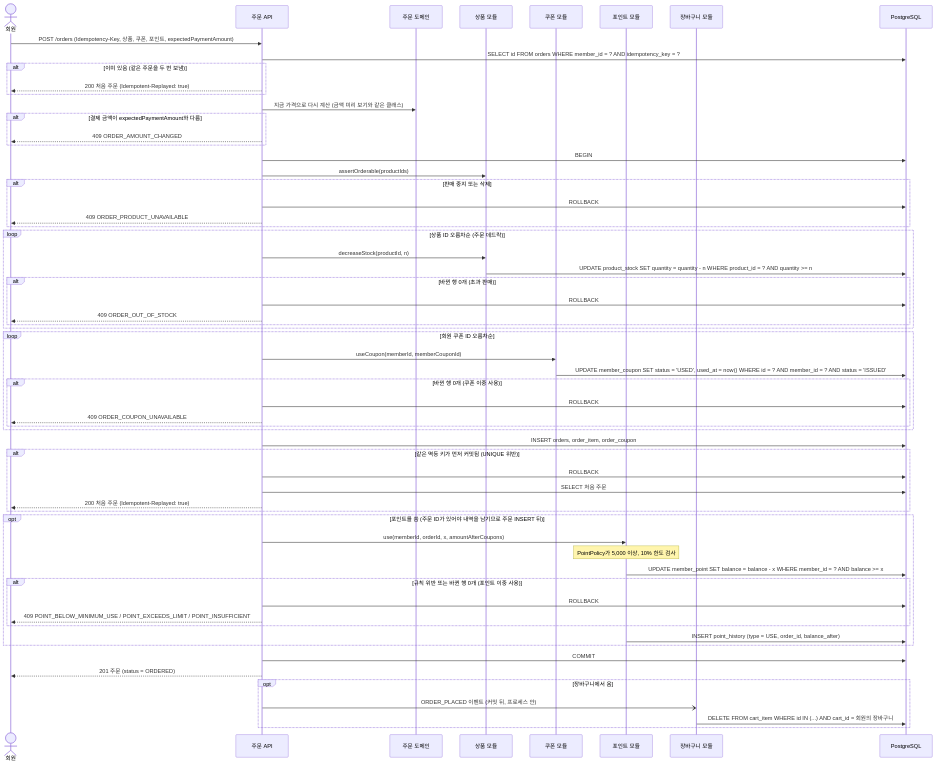
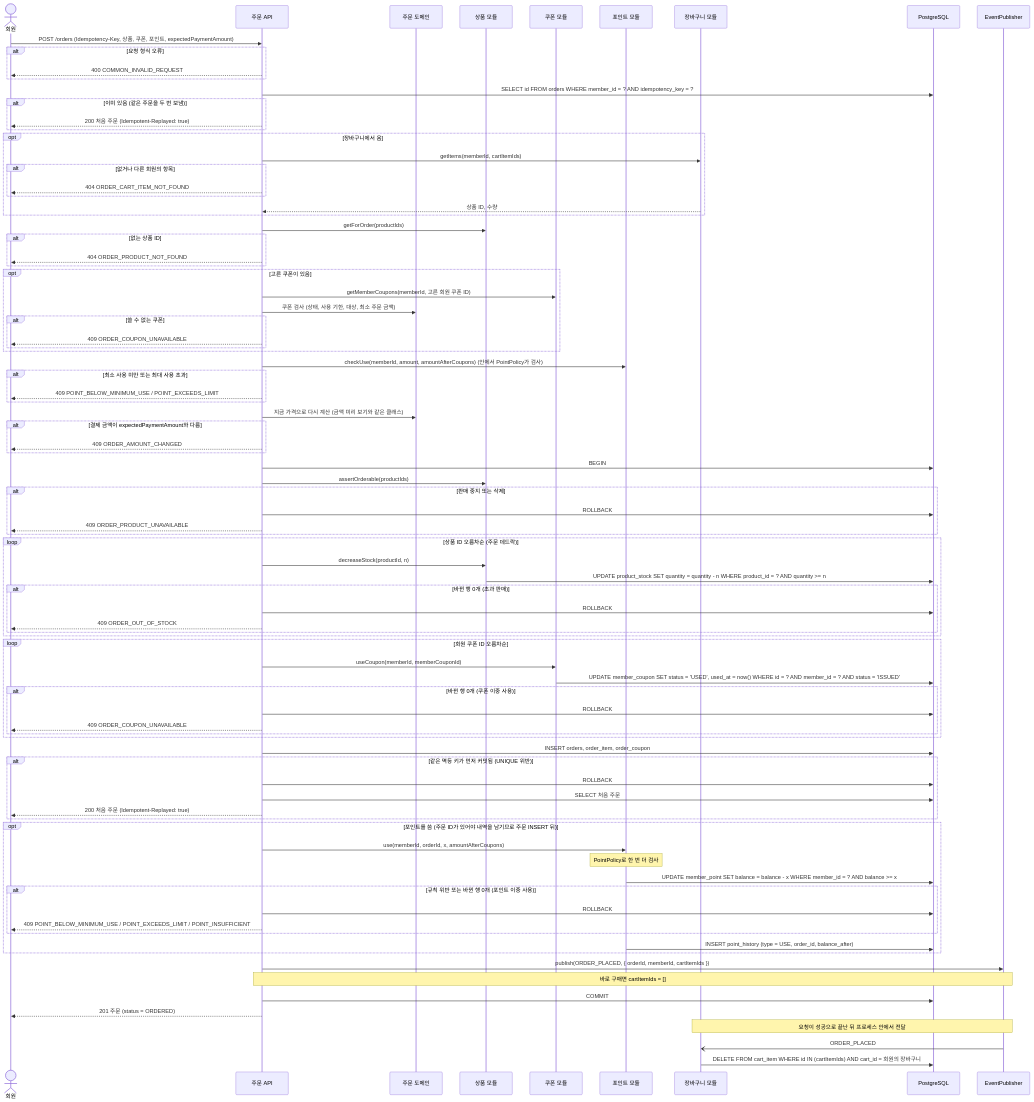
One commit to KAPUIST/flash-gate changed the third of 9 diagrams in docs/features/order/flows.md. Above: the diagram before and after it, drawn with Mermaid. The commit also changed other lines of this file and 13 other files, not shown here.

Commit message:
Fix review gaps in coupon, order, cart, and point docs

````diff
--- a/docs/features/order/flows.md
+++ b/docs/features/order/flows.md
@@ -82,11 +91,37 @@
     participant PT as 포인트 모듈
     participant C as 장바구니 모듈
     participant DB as PostgreSQL
+    participant E as EventPublisher
 
     U->>O: POST /orders (Idempotency-Key, 상품, 쿠폰, 포인트, expectedPaymentAmount)
+    alt 요청 형식 오류
+        O-->>U: 400 COMMON_INVALID_REQUEST
+    end
     O->>DB: SELECT id FROM orders WHERE member_id = ? AND idempotency_key = ?
     alt 이미 있음 (같은 주문을 두 번 보냄)
         O-->>U: 200 처음 주문 (Idempotent-Replayed: true)
+    end
+    opt 장바구니에서 옴
+        O->>C: getItems(memberId, cartItemIds)
+        alt 없거나 다른 회원의 항목
+            O-->>U: 404 ORDER_CART_ITEM_NOT_FOUND
+        end
+        C-->>O: 상품 ID, 수량
+    end
+    O->>P: getForOrder(productIds)
+    alt 없는 상품 ID
+        O-->>U: 404 ORDER_PRODUCT_NOT_FOUND
+    end
+    opt 고른 쿠폰이 있음
+        O->>CP: getMemberCoupons(memberId, 고른 회원 쿠폰 ID)
+        O->>D: 쿠폰 검사 (상태, 사용 기한, 대상, 최소 주문 금액)
+        alt 쓸 수 없는 쿠폰
+            O-->>U: 409 ORDER_COUPON_UNAVAILABLE
+        end
+    end
+    O->>PT: checkUse(memberId, amount, amountAfterCoupons) (안에서 PointPolicy가 검사)
+    alt 최소 사용 미만 또는 최대 사용 초과
+        O-->>U: 409 POINT_BELOW_MINIMUM_USE / POINT_EXCEEDS_LIMIT
     end
     O->>D: 지금 가격으로 다시 계산 (금액 미리 보기와 같은 클래스)
     alt 결제 금액이 expectedPaymentAmount와 다름
@@ -122,7 +157,7 @@
     end
     opt 포인트를 씀 (주문 ID가 있어야 내역을 남기므로 주문 INSERT 뒤)
         O->>PT: use(memberId, orderId, x, amountAfterCoupons)
-        Note over PT: PointPolicy가 5,000 이상, 10% 한도 검사
+        Note over PT: PointPolicy로 한 번 더 검사
         PT->>DB: UPDATE member_point SET balance = balance - x WHERE member_id = ? AND balance >= x
         alt 규칙 위반 또는 바뀐 행 0개 (포인트 이중 사용)
             O->>DB: ROLLBACK
@@ -130,10 +165,11 @@
         end
         PT->>DB: INSERT point_history (type = USE, order_id, balance_after)
     end
+    O->>E: publish(ORDER_PLACED, { orderId, memberId, cartItemIds })
+    Note over O,E: 바로 구매면 cartItemIds = []
     O->>DB: COMMIT
     O-->>U: 201 주문 (status = ORDERED)
-    opt 장바구니에서 옴
-        O-)C: ORDER_PLACED 이벤트 (커밋 뒤, 프로세스 안)
-        C->>DB: DELETE FROM cart_item WHERE id IN (...) AND cart_id = 회원의 장바구니
-    end
+    Note over E,C: 요청이 성공으로 끝난 뒤 프로세스 안에서 전달
+    E-)C: ORDER_PLACED
+    C->>DB: DELETE FROM cart_item WHERE id IN (cartItemIds) AND cart_id = 회원의 장바구니
 ```
````
